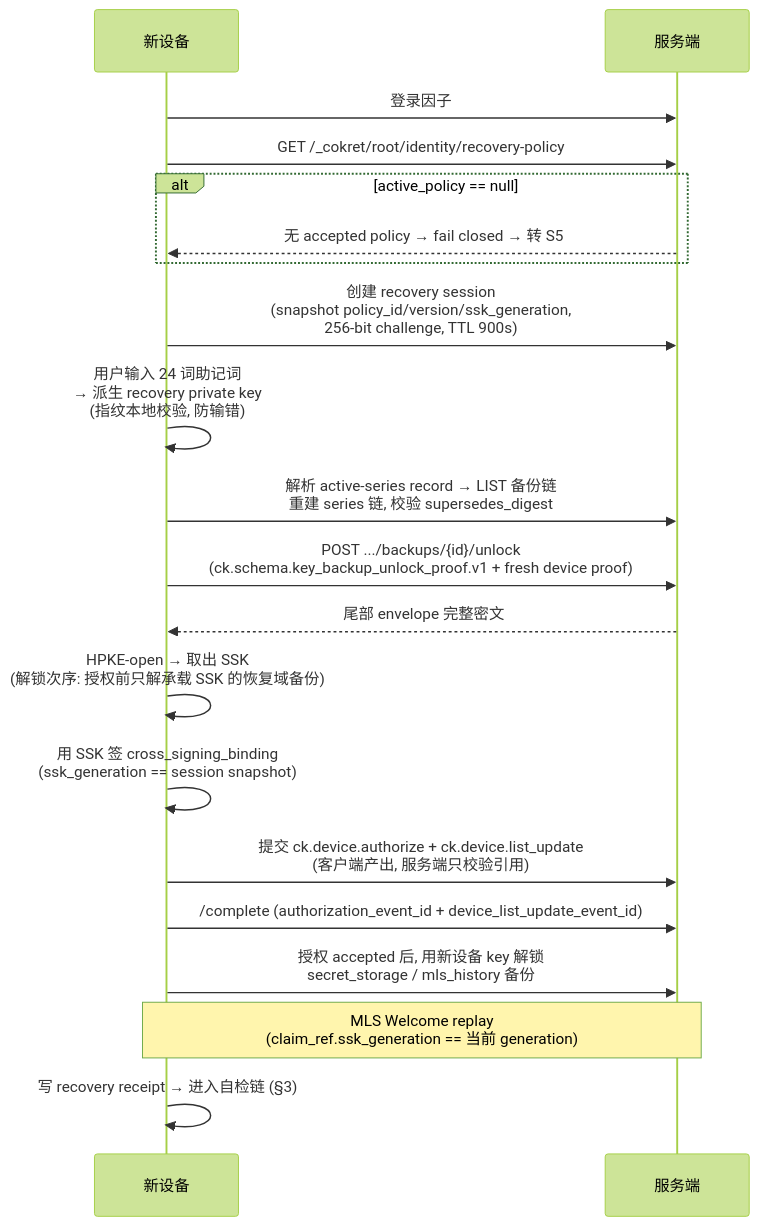
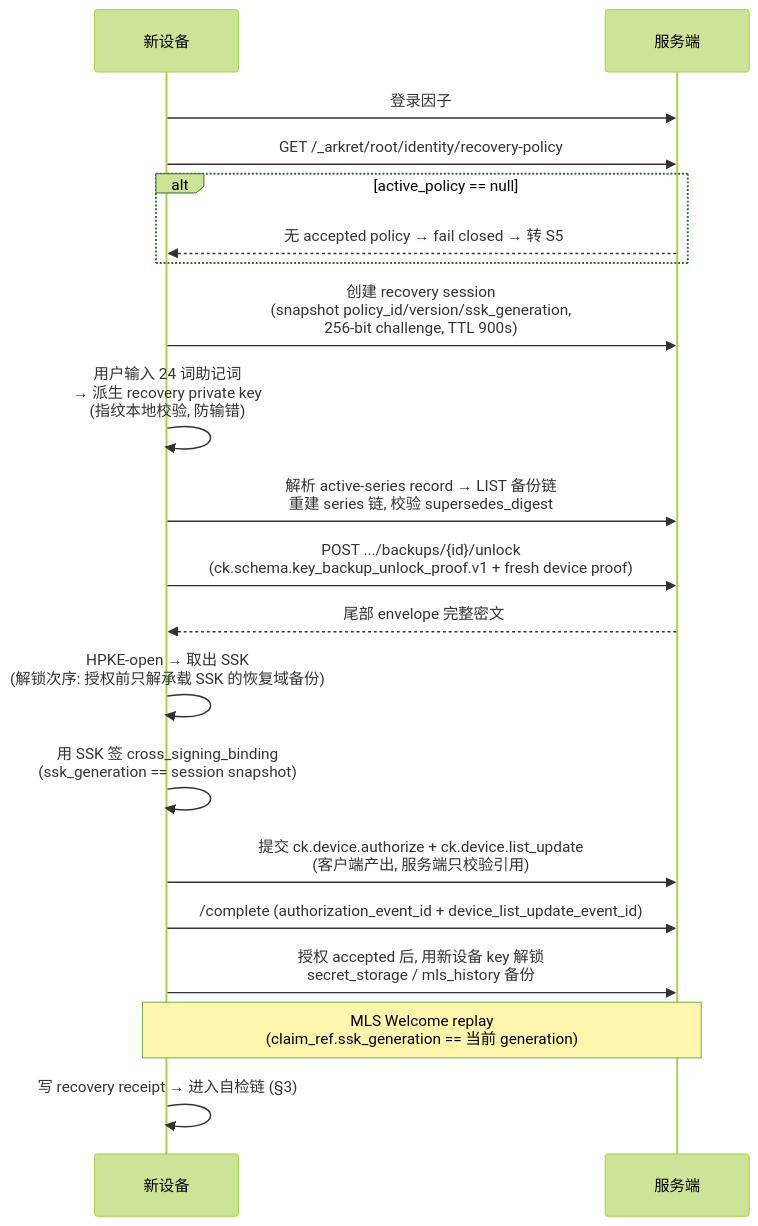
The fourth of 5 diagrams in docs/user-strands-key-lifecycle.md (arkret-org/inkson), drawn with Mermaid (forest theme) before and after one commit. The commit also changed other lines of this file and 240 other files, not shown here.

Commit message:
rename cokret -> arkret

````diff
--- a/docs/user-strands-key-lifecycle.md
+++ b/docs/user-strands-key-lifecycle.md
@@ -169,23 +169,23 @@
 ```mermaid
 sequenceDiagram
     participant N as 新设备
     participant S as 服务端
 
     N->>S: 登录因子
-    N->>S: GET /_cokret/root/identity/recovery-policy
+    N->>S: GET /_arkret/root/identity/recovery-policy
     alt active_policy == null
         S-->>N: 无 accepted policy → fail closed → 转 S5
     end
     N->>S: 创建 recovery session<br/>(snapshot policy_id/version/ssk_generation,<br/>256-bit challenge, TTL 900s)
     N->>N: 用户输入 24 词助记词<br/>→ 派生 recovery private key<br/>(指纹本地校验, 防输错)
     N->>S: 解析 active-series record → LIST 备份链<br/>重建 series 链, 校验 supersedes_digest
     N->>S: POST .../backups/{id}/unlock<br/>(ck.schema.key_backup_unlock_proof.v1 + fresh device proof)
     S-->>N: 尾部 envelope 完整密文
     N->>N: HPKE-open → 取出 SSK<br/>(解锁次序: 授权前只解承载 SSK 的恢复域备份)
     N->>N: 用 SSK 签 cross_signing_binding<br/>(ssk_generation == session snapshot)
     N->>S: 提交 ck.device.authorize + ck.device.list_update<br/>(客户端产出, 服务端只校验引用)
     N->>S: /complete (authorization_event_id + device_list_update_event_id)
     N->>S: 授权 accepted 后, 用新设备 key 解锁<br/>secret_storage / mls_history 备份
     Note over N,S: MLS Welcome replay<br/>(claim_ref.ssk_generation == 当前 generation)
     N->>N: 写 recovery receipt → 进入自检链 (§3)
 ```
````
